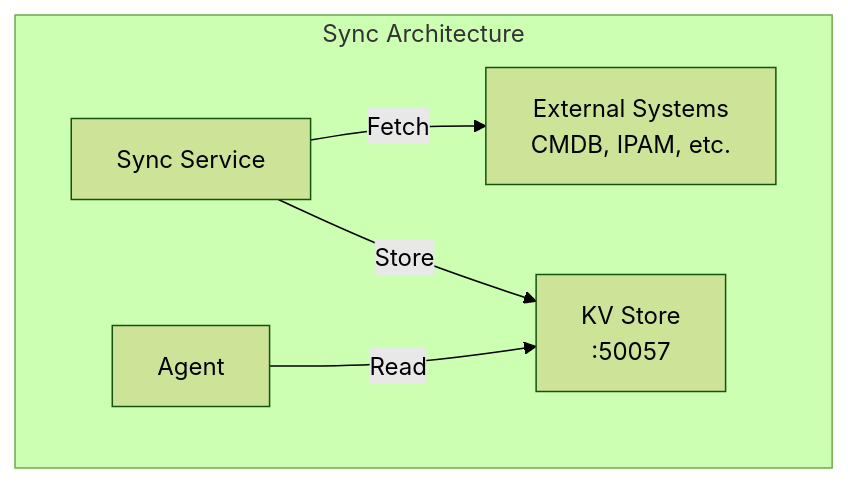
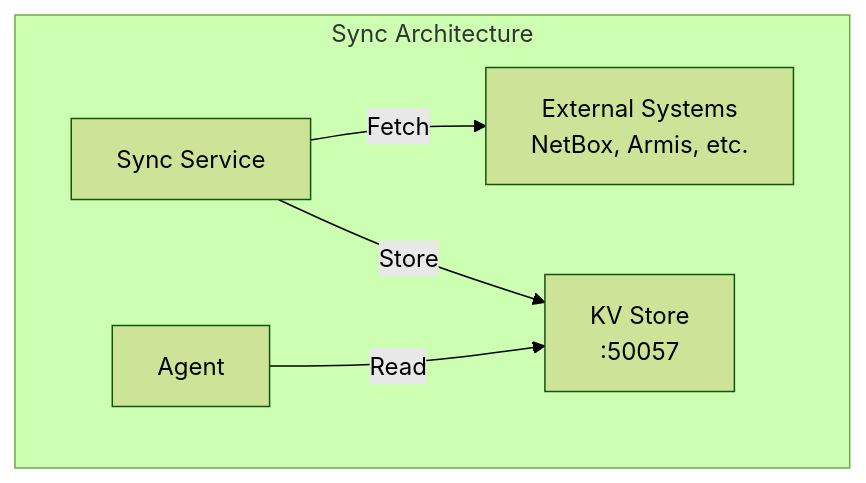
The diagram in docs/docs/sync.md (carverauto/serviceradar), drawn with Mermaid (forest theme) before and after one commit. The commit also changed other lines of this file and 1 other file, not shown here.

Commit message:
doc updates for sync and new json configs

````diff
--- a/docs/docs/sync.md
+++ b/docs/docs/sync.md
@@ -21,8 +21,8 @@
 ```mermaid
 graph TD
     subgraph "Sync Architecture"
-        Sync[Sync Service] -->|Fetch| ExternalSystems[External Systems<br/>CMDB, IPAM, etc.]
+        Sync[Sync Service] -->|Fetch| ExternalSystems[External Systems<br/>NetBox, Armis, etc.]
         Sync -->|Store| KV[KV Store<br/>:50057]
         Agent[Agent] -->|Read| KV
     end
 ```
````
